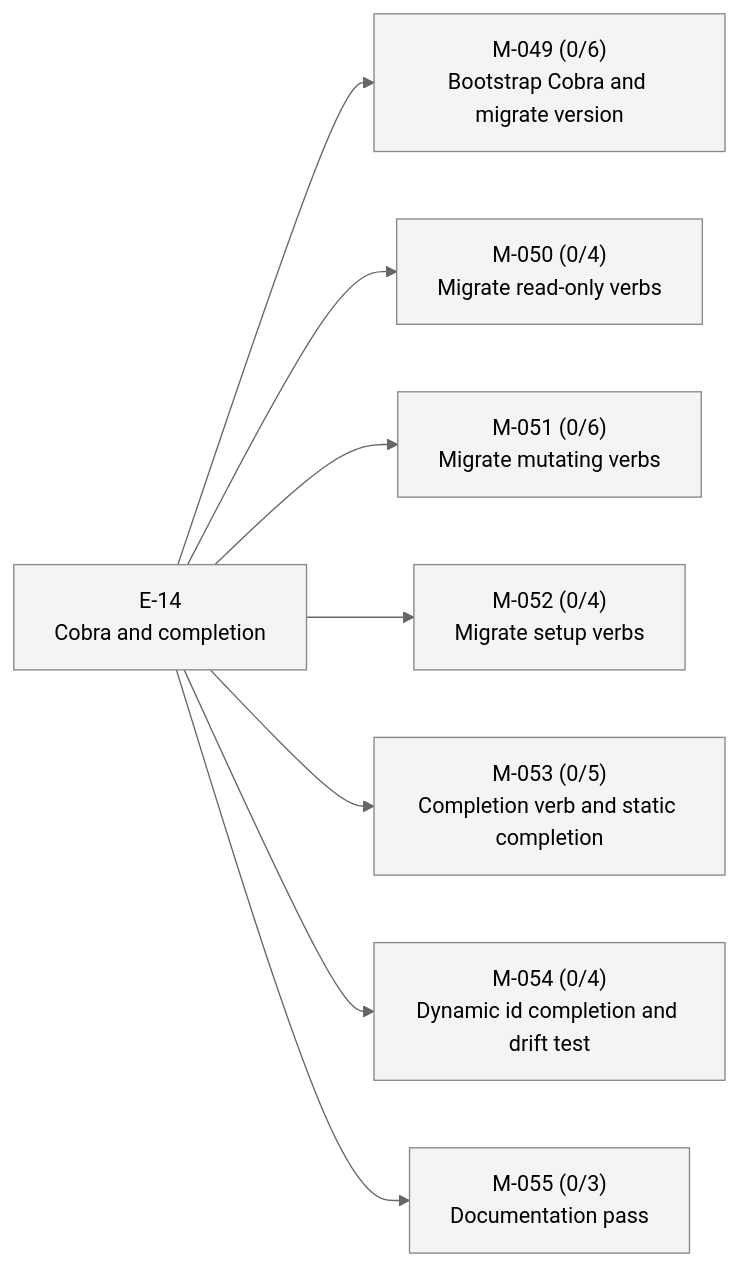
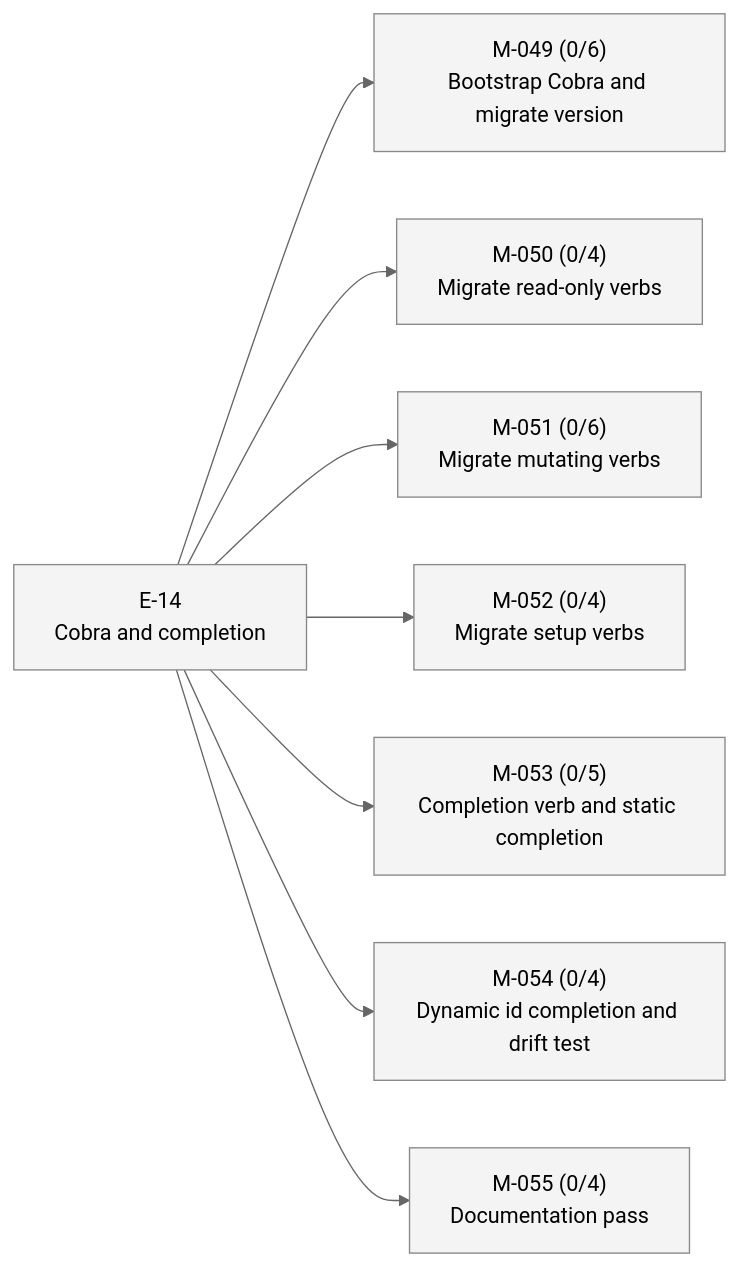
The second of 2 diagrams in STATUS.md (23min/aiwf), drawn with Mermaid (neutral theme) before and after one commit. The commit also changed other lines of this file and 1 other file, not shown here.

````diff
--- a/STATUS.md
+++ b/STATUS.md
@@ -38,24 +38,24 @@
 ```mermaid
 flowchart LR
   E_14["E-14<br/>Cobra and completion"]:::epic_proposed
   M_049["M-049 (0/6)<br/>Bootstrap Cobra and migrate version"]:::ms_draft
   E_14 --> M_049
   M_050["M-050 (0/4)<br/>Migrate read-only verbs"]:::ms_draft
   E_14 --> M_050
   M_051["M-051 (0/6)<br/>Migrate mutating verbs"]:::ms_draft
   E_14 --> M_051
   M_052["M-052 (0/4)<br/>Migrate setup verbs"]:::ms_draft
   E_14 --> M_052
   M_053["M-053 (0/5)<br/>Completion verb and static completion"]:::ms_draft
   E_14 --> M_053
   M_054["M-054 (0/4)<br/>Dynamic id completion and drift test"]:::ms_draft
   E_14 --> M_054
-  M_055["M-055 (0/3)<br/>Documentation pass"]:::ms_draft
+  M_055["M-055 (0/4)<br/>Documentation pass"]:::ms_draft
   E_14 --> M_055
   classDef epic_active fill:#d6eaff,stroke:#1a73e8,color:#000
   classDef epic_proposed fill:#f4f4f4,stroke:#888,color:#000
   classDef ms_done fill:#d8f5d8,stroke:#2a8a2a,color:#000
   classDef ms_in_progress fill:#fff3c4,stroke:#caa400,color:#000
   classDef ms_draft fill:#f4f4f4,stroke:#888,color:#000
   classDef ms_cancelled fill:#fbeaea,stroke:#c33,color:#000
 ```
````
